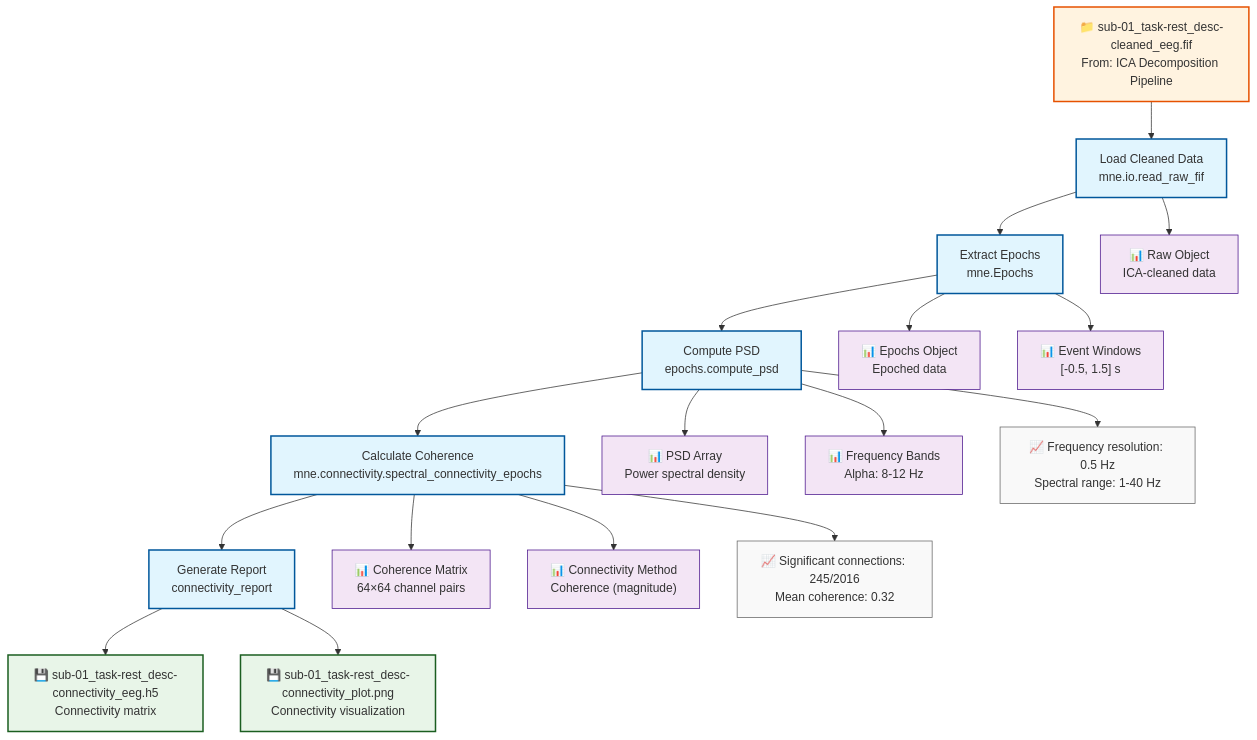
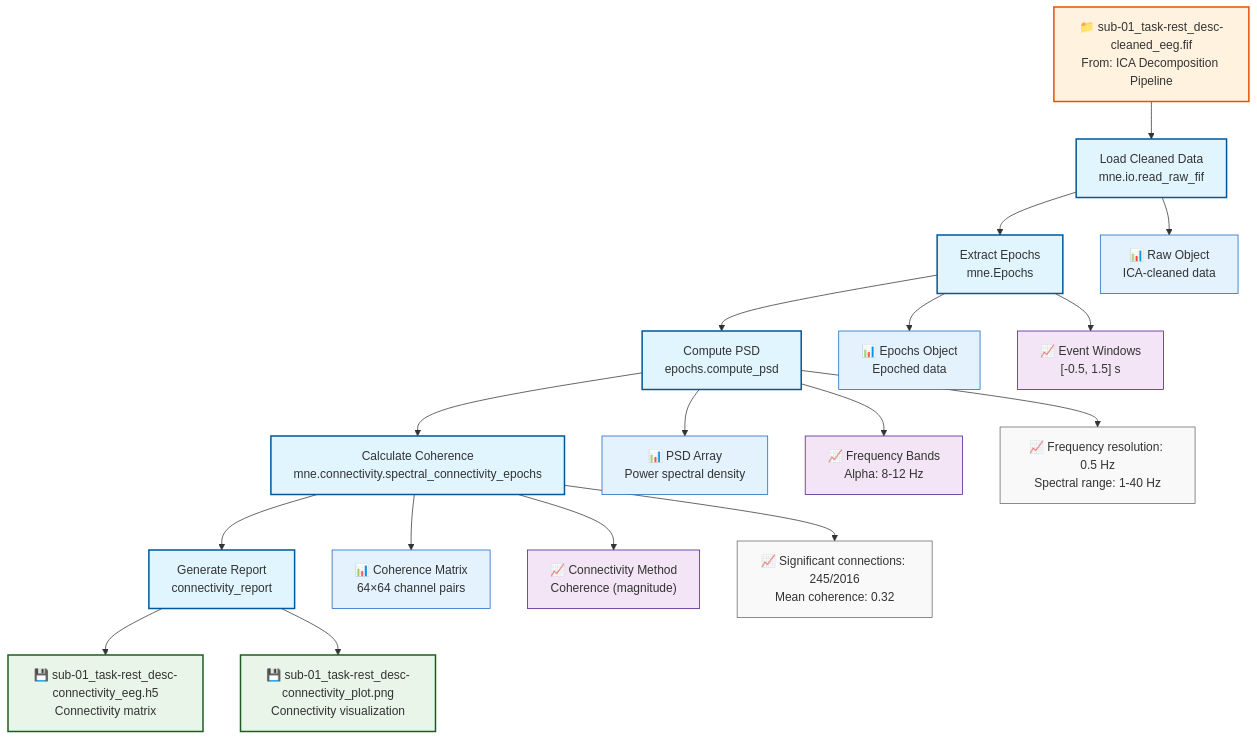
The diagram in docs/examples/connectivity_mne.md (signalJourney/signalJourney), drawn with Mermaid before and after one commit. The commit also changed 9 other files, not shown here.

First line of the commit message:
docs: fix inline vs inmemory data distinction in mermaid diagrams

````diff
--- a/docs/examples/connectivity_mne.md
+++ b/docs/examples/connectivity_mne.md
@@ -16,42 +16,44 @@
 ```mermaid
 flowchart TD
     A[Load Cleaned Data<br/>mne.io.read_raw_fif] --> B[Extract Epochs<br/>mne.Epochs]
     B --> C[Compute PSD<br/>epochs.compute_psd]
     C --> D[Calculate Coherence<br/>mne.connectivity.spectral_connectivity_epochs]
     D --> E[Generate Report<br/>connectivity_report]
     
     %% Input from ICA pipeline
     F["📁 sub-01_task-rest_desc-cleaned_eeg.fif<br/>From: ICA Decomposition Pipeline"] --> A
     
     %% Intermediate outputs
     A --> A1["📊 Raw Object<br/>ICA-cleaned data"]
     B --> B1["📊 Epochs Object<br/>Epoched data"]
     C --> C1["📊 PSD Array<br/>Power spectral density"]
     D --> D1["📊 Coherence Matrix<br/>64×64 channel pairs"]
     
     %% Analysis parameters
-    B --> V1["📊 Event Windows<br/>[-0.5, 1.5] s"]
-    C --> V2["📊 Frequency Bands<br/>Alpha: 8-12 Hz"]
-    D --> V3["📊 Connectivity Method<br/>Coherence (magnitude)"]
+    B --> V1["📈 Event Windows<br/>[-0.5, 1.5] s"]
+    C --> V2["📈 Frequency Bands<br/>Alpha: 8-12 Hz"]
+    D --> V3["📈 Connectivity Method<br/>Coherence (magnitude)"]
     
     %% Final outputs
     E --> G["💾 sub-01_task-rest_desc-connectivity_eeg.h5<br/>Connectivity matrix"]
     E --> H["💾 sub-01_task-rest_desc-connectivity_plot.png<br/>Connectivity visualization"]
     
     %% Quality metrics
     C --> Q1["📈 Frequency resolution: 0.5 Hz<br/>Spectral range: 1-40 Hz"]
     D --> Q2["📈 Significant connections: 245/2016<br/>Mean coherence: 0.32"]
 
     %% Styling
     classDef processStep fill:#e1f5fe,stroke:#01579b,stroke-width:2px
     classDef inputFile fill:#fff3e0,stroke:#e65100,stroke-width:2px
     classDef outputFile fill:#e8f5e8,stroke:#1b5e20,stroke-width:2px
+    classDef inMemoryData fill:#e3f2fd,stroke:#1565c0,stroke-width:1px
     classDef inlineData fill:#f3e5f5,stroke:#4a148c,stroke-width:1px
     classDef qualityMetric fill:#f9f9f9,stroke:#666,stroke-width:1px
 
     class A,B,C,D,E processStep
     class F inputFile
     class G,H outputFile
-    class A1,B1,C1,D1,V1,V2,V3 inlineData
+    class A1,B1,C1,D1 inMemoryData
+    class V1,V2,V3 inlineData
     class Q1,Q2 qualityMetric
 ```
````
